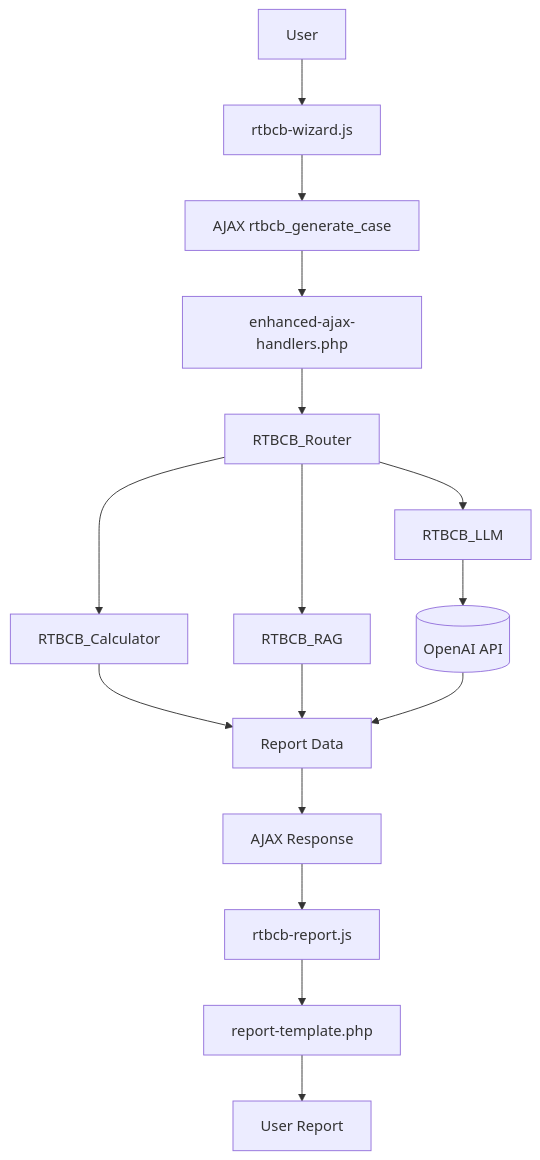
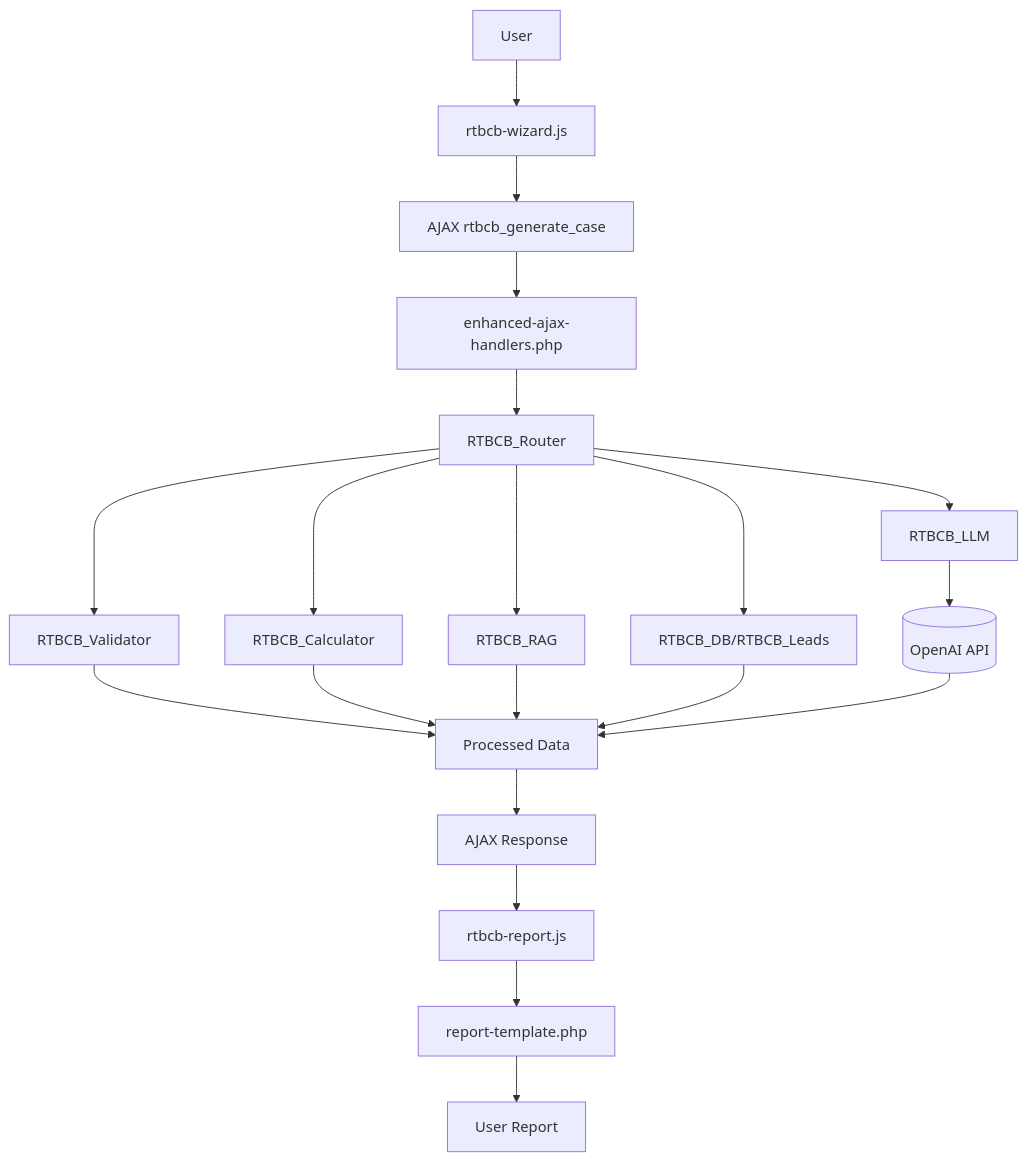
One commit to RealTreasury/business-case-builder changed the diagram in README.md. Above: the diagram before and after it, drawn with Mermaid. The commit also changed other lines of this file, not shown here.

````diff
--- a/README.md
+++ b/README.md
@@ -68,18 +204,22 @@
 ```mermaid
 flowchart TD
     A[User] --> B[rtbcb-wizard.js]
     B --> C[AJAX rtbcb_generate_case]
     C --> D[enhanced-ajax-handlers.php]
     D --> E[RTBCB_Router]
-    E --> F[RTBCB_Calculator]
-    E --> G[RTBCB_RAG]
-    E --> H[RTBCB_LLM]
-    H --> I[(OpenAI API)]
-    F --> J[Report Data]
-    G --> J
-    I --> J
-    J --> K[AJAX Response]
-    K --> L[rtbcb-report.js]
-    L --> M[report-template.php]
-    M --> N[User Report]
+    E --> F[RTBCB_Validator]
+    E --> G[RTBCB_Calculator]
+    E --> H[RTBCB_RAG]
+    E --> I[RTBCB_LLM]
+    E --> J[RTBCB_DB/RTBCB_Leads]
+    I --> K[(OpenAI API)]
+    F --> L[Processed Data]
+    G --> L
+    H --> L
+    J --> L
+    K --> L
+    L --> M[AJAX Response]
+    M --> N[rtbcb-report.js]
+    N --> O[report-template.php]
+    O --> P[User Report]
 ```
````
